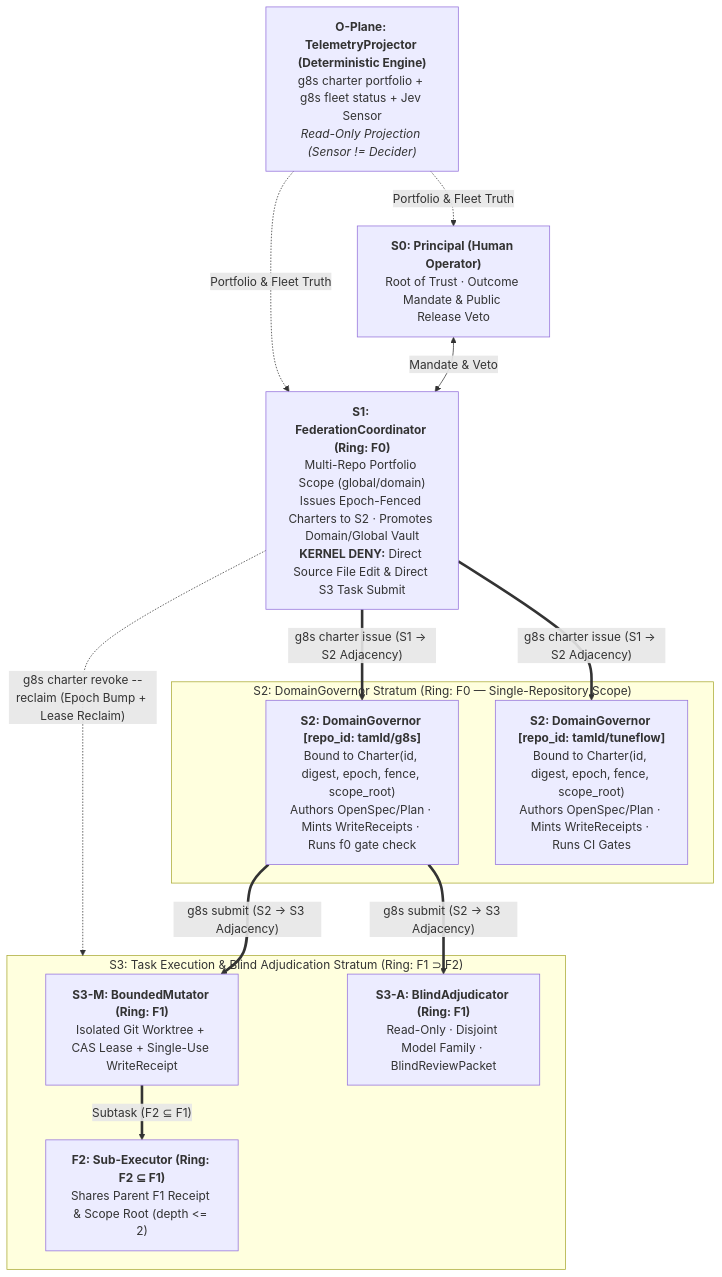
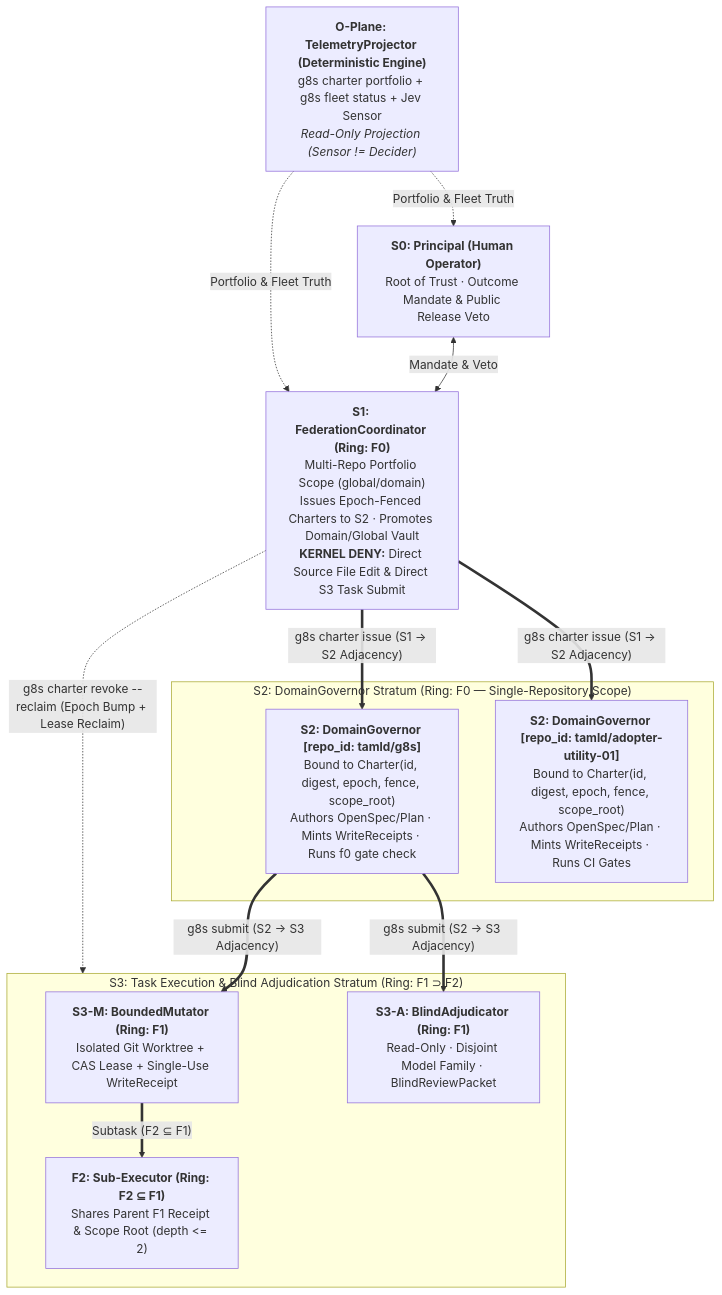
Before and after one commit to tamld/g8s: the first of 2 diagrams in plans/261025-stratum-federation-and-repo-hygiene/plan.md, drawn with Mermaid. The commit also changed 44 other files, not shown here.

````diff
--- a/plans/261025-stratum-federation-and-repo-hygiene/plan.md
+++ b/plans/261025-stratum-federation-and-repo-hygiene/plan.md
@@ -27,24 +27,24 @@
 ```mermaid
 flowchart TB
     S0["<b>S0: Principal (Human Operator)</b><br/>Root of Trust · Outcome Mandate & Public Release Veto"]
     OPLANE["<b>O-Plane: TelemetryProjector (Deterministic Engine)</b><br/>g8s charter portfolio + g8s fleet status + Jev Sensor<br/><i>Read-Only Projection (Sensor != Decider)</i>"]
     S1["<b>S1: FederationCoordinator (Ring: F0)</b><br/>Multi-Repo Portfolio Scope (global/domain)<br/>Issues Epoch-Fenced Charters to S2 · Promotes Domain/Global Vault<br/><b>KERNEL DENY:</b> Direct Source File Edit & Direct S3 Task Submit"]
 
     subgraph DOMAIN_RING["S2: DomainGovernor Stratum (Ring: F0 — Single-Repository Scope)"]
         S2_G8S["<b>S2: DomainGovernor [repo_id: tamld/g8s]</b><br/>Bound to Charter(id, digest, epoch, fence, scope_root)<br/>Authors OpenSpec/Plan · Mints WriteReceipts · Runs f0 gate check"]
-        S2_TF["<b>S2: DomainGovernor [repo_id: tamld/tuneflow]</b><br/>Bound to Charter(id, digest, epoch, fence, scope_root)<br/>Authors OpenSpec/Plan · Mints WriteReceipts · Runs CI Gates"]
+        S2_TF["<b>S2: DomainGovernor [repo_id: tamld/adopter-utility-01]</b><br/>Bound to Charter(id, digest, epoch, fence, scope_root)<br/>Authors OpenSpec/Plan · Mints WriteReceipts · Runs CI Gates"]
     end
 
     subgraph EXEC_RING["S3: Task Execution & Blind Adjudication Stratum (Ring: F1 ⊃ F2)"]
         S3_M["<b>S3-M: BoundedMutator (Ring: F1)</b><br/>Isolated Git Worktree + CAS Lease + Single-Use WriteReceipt"]
         S3_A["<b>S3-A: BlindAdjudicator (Ring: F1)</b><br/>Read-Only · Disjoint Model Family · BlindReviewPacket"]
         F2["<b>F2: Sub-Executor (Ring: F2 ⊆ F1)</b><br/>Shares Parent F1 Receipt & Scope Root (depth <= 2)"]
     end
 
     S0 <-->|"Mandate & Veto"| S1
     OPLANE -.->|"Portfolio & Fleet Truth"| S0 & S1
     S1 ==>|"g8s charter issue (S1 -> S2 Adjacency)"| S2_G8S & S2_TF
     S2_G8S ==>|"g8s submit (S2 -> S3 Adjacency)"| S3_M & S3_A
     S3_M ==>|"Subtask (F2 ⊆ F1)"| F2
     S1 -.->|"g8s charter revoke --reclaim (Epoch Bump + Lease Reclaim)"| EXEC_RING
 ```
````
